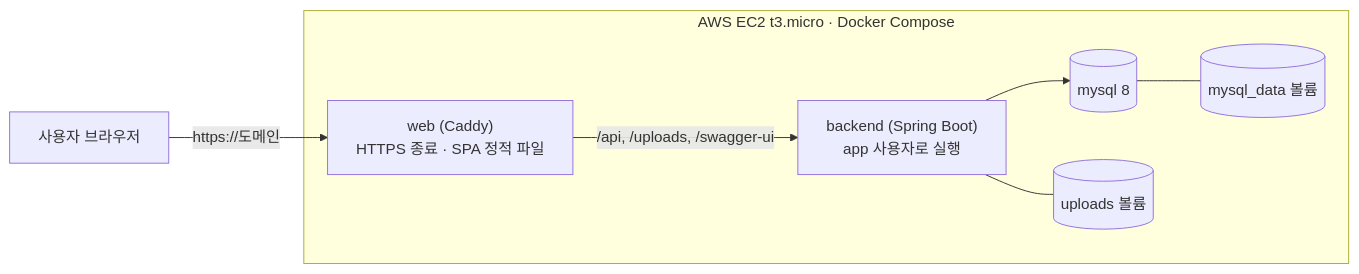
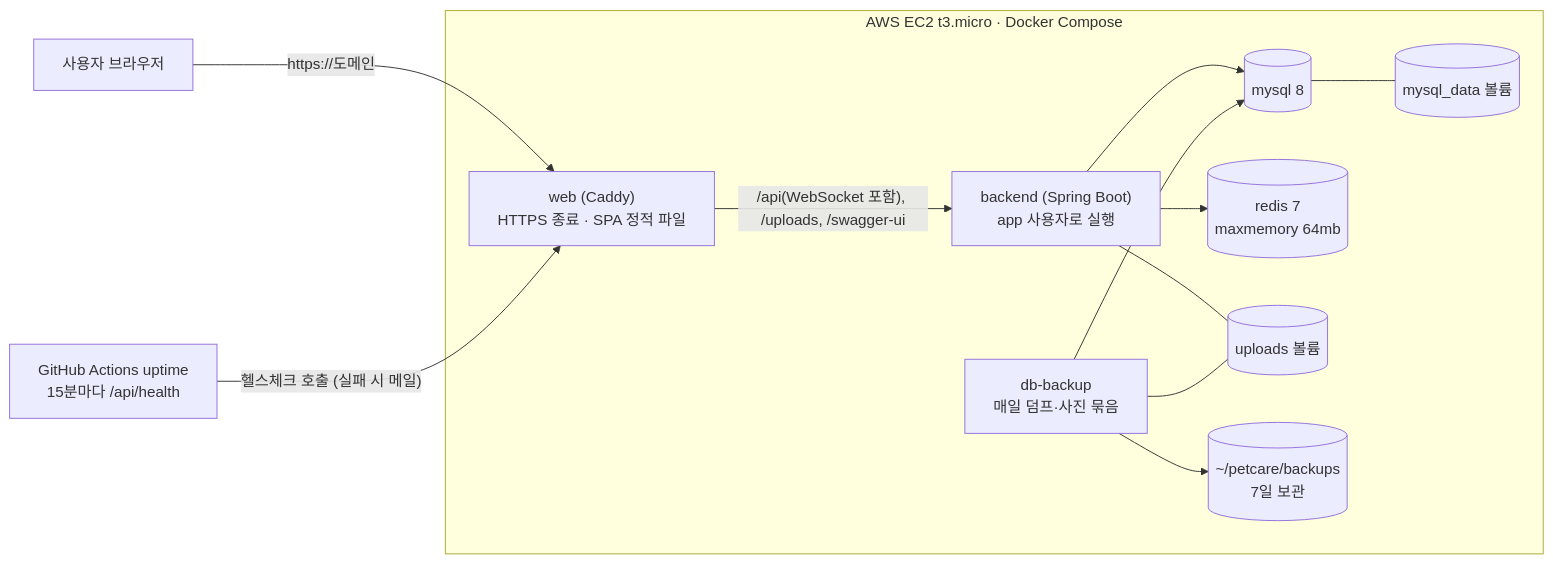
The fourth of 5 diagrams in README.md (CodeVins/PetCare-System), drawn with Mermaid before and after one commit. The commit also changed other lines of this file and 9 other files, not shown here.

````diff
--- a/README.md
+++ b/README.md
@@ -583,18 +635,27 @@
 ```mermaid
 flowchart LR
     U["사용자 브라우저"]
 
     subgraph EC2["AWS EC2 t3.micro · Docker Compose"]
         W["web (Caddy)<br/>HTTPS 종료 · SPA 정적 파일"]
         B["backend (Spring Boot)<br/>app 사용자로 실행"]
         M[("mysql 8")]
+        RD[("redis 7<br/>maxmemory 64mb")]
+        BK["db-backup<br/>매일 덤프·사진 묶음"]
         V1[("uploads 볼륨")]
         V2[("mysql_data 볼륨")]
+        V3[("~/petcare/backups<br/>7일 보관")]
     end
+    GH["GitHub Actions uptime<br/>15분마다 /api/health"]
 
     U -->|"https://도메인"| W
-    W -->|"/api, /uploads, /swagger-ui"| B
+    W -->|"/api(WebSocket 포함), /uploads, /swagger-ui"| B
     B --> M
+    B --> RD
     B --- V1
     M --- V2
+    BK --> M
+    BK --- V1
+    BK --> V3
+    GH -->|"헬스체크 호출 (실패 시 메일)"| W
 ```
````
